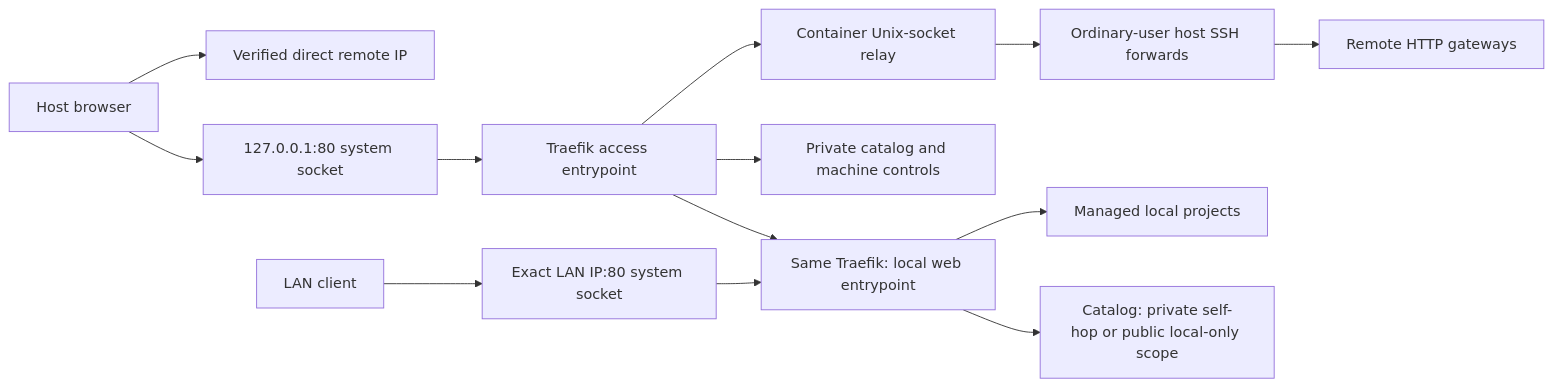
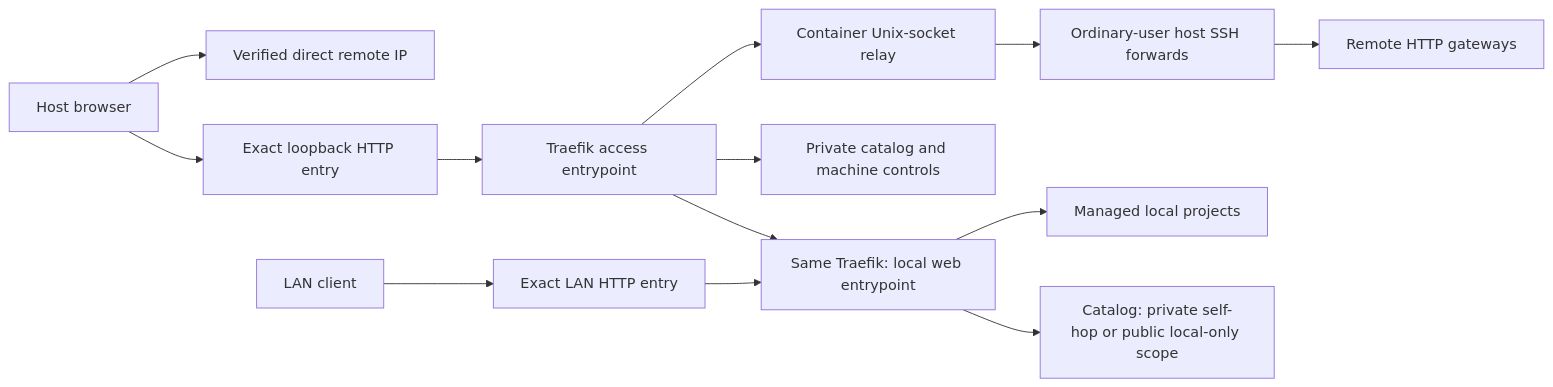
The diagram in docs/architecture.md (ylang-ylang/portmap), drawn with Mermaid before and after one commit. The commit also changed other lines of this file and 58 other files, not shown here.

````diff
--- a/docs/architecture.md
+++ b/docs/architecture.md
@@ -89,15 +128,15 @@
 ```mermaid
 flowchart LR
   Browser[Host browser] --> Direct[Verified direct remote IP]
-  Browser --> Private[127.0.0.1:80 system socket]
+  Browser --> Private[Exact loopback HTTP entry]
   Private --> Access[Traefik access entrypoint]
   Access --> Relay[Container Unix-socket relay]
   Relay --> SSH[Ordinary-user host SSH forwards]
   SSH --> Remotes[Remote HTTP gateways]
   Access --> PrivateCatalog[Private catalog and machine controls]
   Access --> Web[Same Traefik: local web entrypoint]
-  LAN[LAN client] --> Public[Exact LAN IP:80 system socket]
+  LAN[LAN client] --> Public[Exact LAN HTTP entry]
   Public --> Web
   Web --> Projects[Managed local projects]
   Web --> Catalog[Catalog: private self-hop or public local-only scope]
 ```
````
